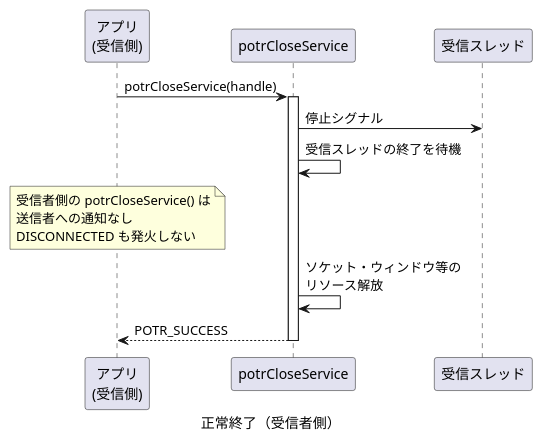
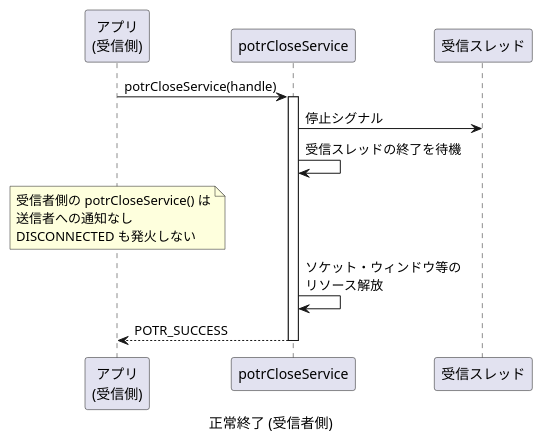
Diagram 11 of 12 in prod/porter/docs/sequence.md (Hondarer/c-modernization-kit), drawn with PlantUML before and after one commit. The commit also changed other lines of this file and 5 other files, not shown here.

````diff
--- a/prod/porter/docs/sequence.md
+++ b/prod/porter/docs/sequence.md
@@ -399,23 +399,23 @@
 ```plantuml
-@startuml 正常終了（受信者側）
-caption 正常終了（受信者側）
+@startuml 正常終了 (受信者側)
+caption 正常終了 (受信者側)
 
 participant "アプリ\n(受信側)" as RAPP
 participant "potrCloseService" as CLOSE
 participant "受信スレッド" as RT
 
 RAPP -> CLOSE: potrCloseService(handle)
 activate CLOSE
 
 CLOSE -> RT: 停止シグナル
 CLOSE -> CLOSE: 受信スレッドの終了を待機
 
 note over RAPP: 受信者側の potrCloseService() は\n送信者への通知なし\nDISCONNECTED も発火しない
 
 CLOSE -> CLOSE: ソケット・ウィンドウ等の\nリソース解放
 
 CLOSE --> RAPP: POTR_SUCCESS
 deactivate CLOSE
 
 @enduml
 ```
````
